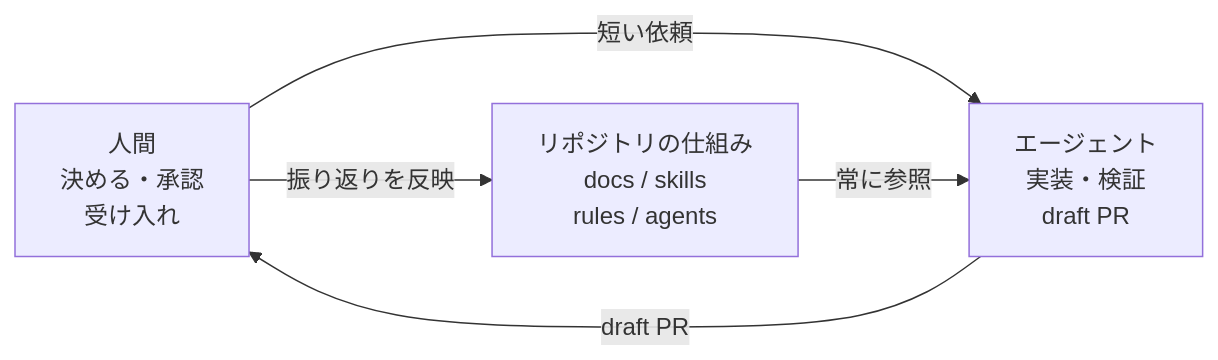
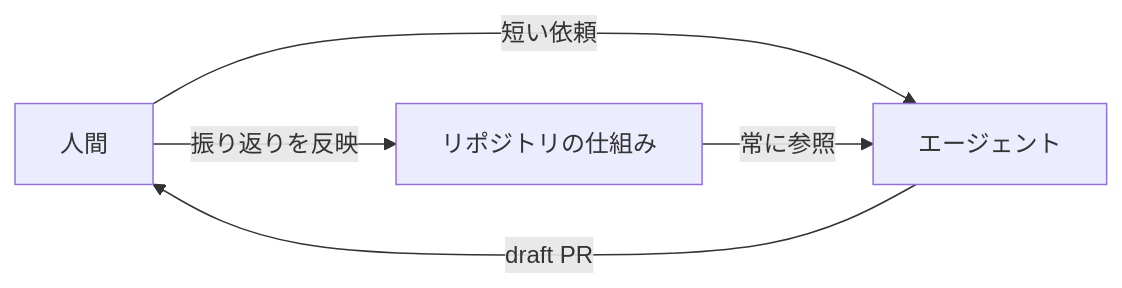
The first of 3 diagrams in docs/development/ai-dev-process-for-qa.md (ike-gagagami97/my-recipe), drawn with Mermaid before and after one commit. The commit also changed other lines of this file and 1 other file, not shown here.

First line of the commit message:
docs: mermaid ラベルを単一行に短縮（<br/> は GitHub で無効）

````diff
--- a/docs/development/ai-dev-process-for-qa.md
+++ b/docs/development/ai-dev-process-for-qa.md
@@ -38,10 +38,10 @@
 ```mermaid
 flowchart LR
-  Human["人間<br/>決める・承認<br/>受け入れ"]
-  Agent["エージェント<br/>実装・検証<br/>draft PR"]
-  Docs["リポジトリの仕組み<br/>docs / skills<br/>rules / agents"]
+  Human["人間"]
+  Docs["リポジトリの仕組み"]
+  Agent["エージェント"]
   Human -->|短い依頼| Agent
   Docs -->|常に参照| Agent
   Agent -->|draft PR| Human
   Human -->|振り返りを反映| Docs
 ```
````
